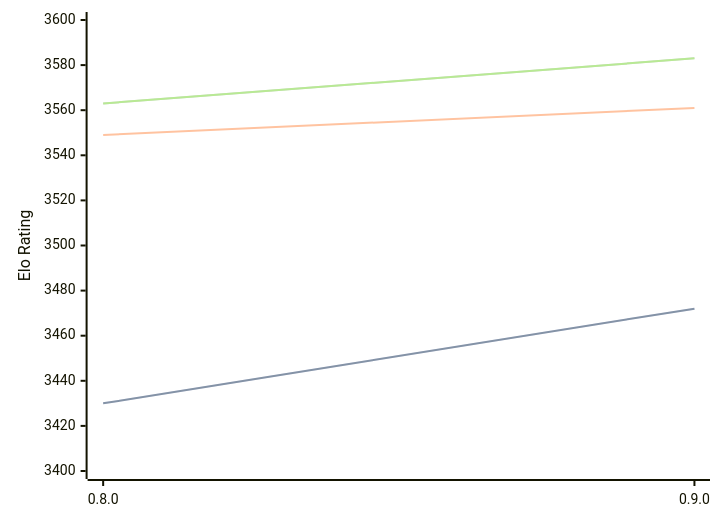
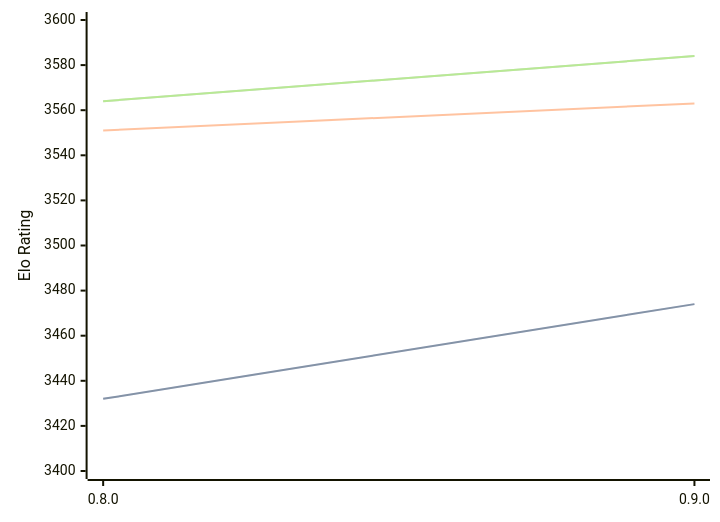
One commit to computer-chess-index/cci changed the diagram in engines/Reckless.md. Above: the diagram before and after it, drawn with Mermaid. The commit also changed other lines of this file, not shown here.

Commit message:
Update CCI Ratings (ELO VLTC) - 2026-08-09

````diff
--- a/engines/Reckless.md
+++ b/engines/Reckless.md
@@ -32,11 +32,11 @@
 ```mermaid
 %%{init: {"theme":"base","themeVariables":{"seriesColors:['#a3a3a3','#222221','#faa371']}}}%%
 xychart-beta
   x-axis ["0.8.0", "0.9.0"]
   y-axis "Elo Rating" 3400 --> 3600
-  line "STC (8.0+0.08s)" [3430, 3472]
-  line "STC (8.0+0.08s)" [3430, 3472]
-  line "LTC (60.0+0.60s)" [3549, 3561]
-  line "VLTC (2m24s+1.12s)" [3563, 3583]
-  line "VLTC (2m24s+1.12s)" [3563, 3583]
+  line "STC (8.0+0.08s)" [3432, 3474]
+  line "STC (8.0+0.08s)" [3432, 3474]
+  line "LTC (60.0+0.60s)" [3551, 3563]
+  line "VLTC (2m24s+1.12s)" [3564, 3584]
+  line "VLTC (2m24s+1.12s)" [3564, 3584]
 ```
````
